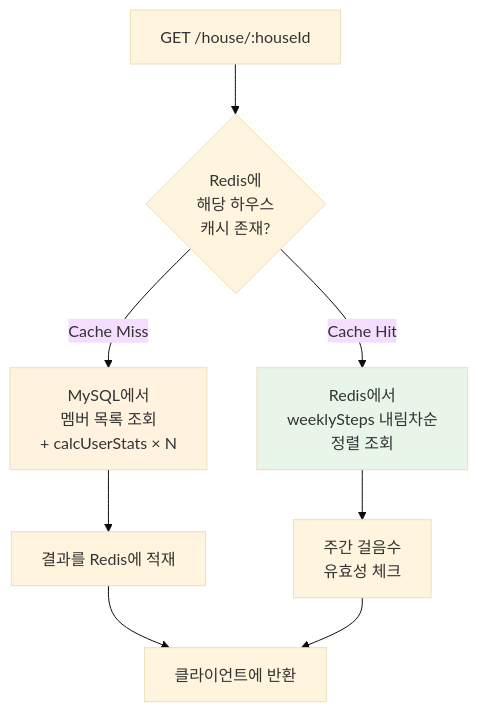
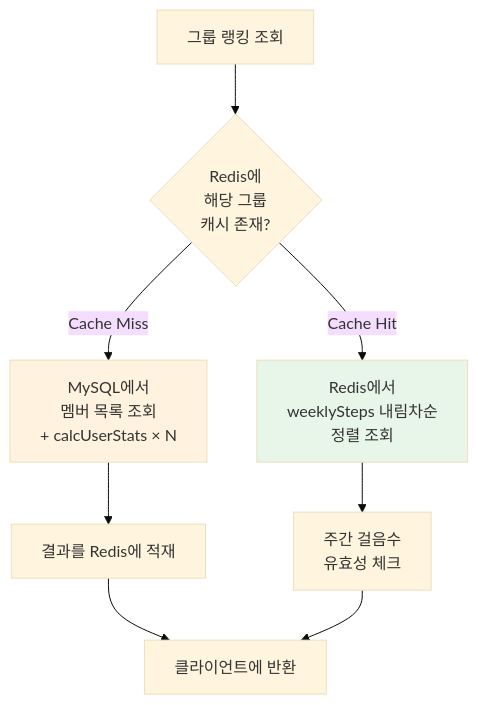
Diagram 11 of 14 in _posts/2023-03-01-charlie-backend-infrastructure.md (jiwon11/jiwon11.github.io), drawn with Mermaid (base theme) before and after one commit. The commit also changed other lines of this file and 9 other files, not shown here.

````diff
--- a/_posts/2023-03-01-charlie-backend-infrastructure.md
+++ b/_posts/2023-03-01-charlie-backend-infrastructure.md
@@ -945,12 +944,12 @@
 ```mermaid
 flowchart TD
-    A["GET /house/:houseId"] --> B{"Redis에<br/>해당 하우스<br/>캐시 존재?"}
+    A["그룹 랭킹 조회"] --> B{"Redis에<br/>해당 그룹<br/>캐시 존재?"}
     B -->|"Cache Hit"| C["Redis에서<br/>weeklySteps 내림차순<br/>정렬 조회"]
     B -->|"Cache Miss"| D["MySQL에서<br/>멤버 목록 조회<br/>+ calcUserStats × N"]
     D --> E["결과를 Redis에 적재"]
     E --> F["클라이언트에 반환"]
     C --> G["주간 걸음수<br/>유효성 체크"]
     G --> F
     style C fill:#e8f5e9
     style D fill:#fff3e0
 ```
````
